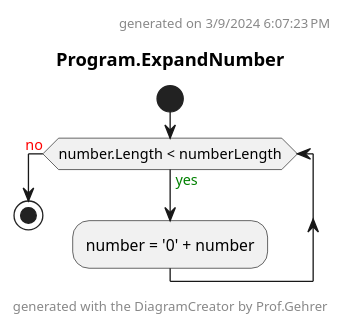
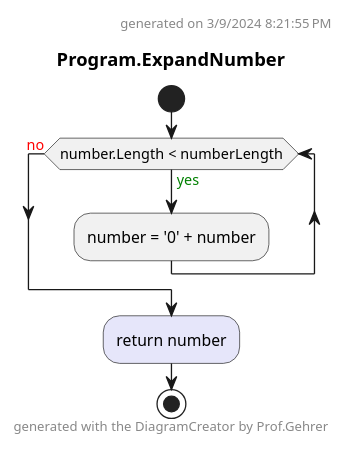
Before and after one commit to leoggehrer/2324-34_ABIF_ACIF_POSE: the diagram in BinaryAdder.ConApp/Diagrams/ac_Program_ExpandNumber.puml, drawn with PlantUML. The commit also changed 204 other files, not shown here.

Commit message:
Created activity diagrams.

```diff
--- a/BinaryAdder.ConApp/Diagrams/ac_Program_ExpandNumber.puml
+++ b/BinaryAdder.ConApp/Diagrams/ac_Program_ExpandNumber.puml
@@ -1,14 +1,15 @@
 @startuml Program.ExpandNumber
 header
-generated on 3/9/2024 6:07:23 PM
+generated on 3/9/2024 8:21:55 PM
 end header
 title Program.ExpandNumber
 start
 while (number.Length < numberLength) is (<color:green>yes)
     :number = '0' + number;
 endwhile (<color:red>no)
+#Lavender:return number;
 footer
 generated with the DiagramCreator by Prof.Gehrer
 end footer
 stop
 @enduml
```
